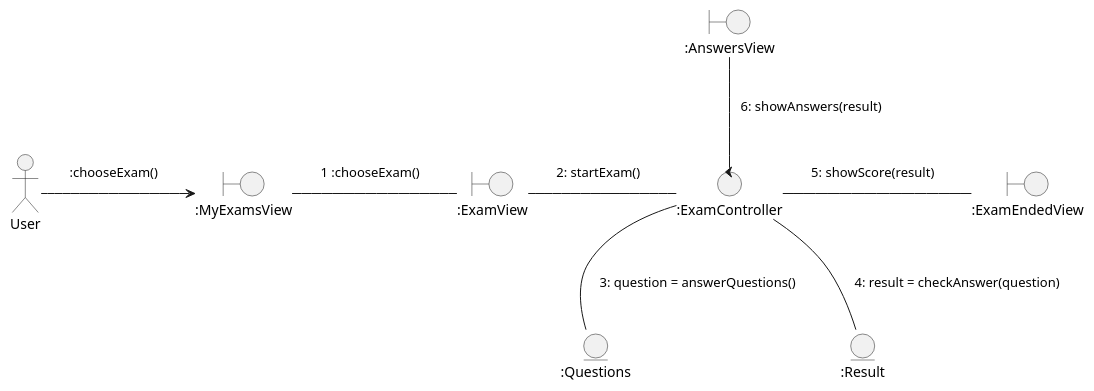
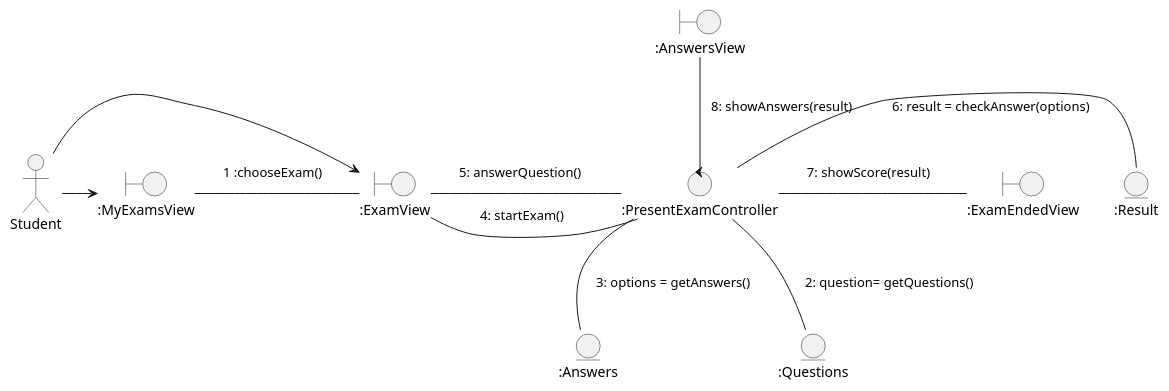
Before and after one commit to TheSProyect/Proyecto-IS-Grupo-1: the diagram in docs/scenariosView/UC-presentExam-comunicationDiagram.plantuml, drawn with PlantUML. The commit also changed 1 other file, not shown here.

Commit message:
Diagrams fixed

```diff
--- a/docs/scenariosView/UC-presentExam-comunicationDiagram.plantuml
+++ b/docs/scenariosView/UC-presentExam-comunicationDiagram.plantuml
@@ -1,52 +1,61 @@
 @startuml Clases de analisis
 skinparam noteBackgroundColor transparent
 skinparam noteBorderColor transparent
 
 hide footbox
-actor User
+actor Student
 boundary ":MyExamsView" as MyExamsView
 boundary ":ExamView" as ExamView
 boundary ":ExamEndedView" as ExamEndedView
 boundary ":AnswersView" as AnswersView
-Control ":ExamController" as ExamController
+Control ":PresentExamController" as PresentExamController
+entity ":Result" as Result
+entity ":Answers" as Answers
 entity ":Questions" as Questions
-entity ":Result" as Result
 
-User -> MyExamsView
-note on link 
-    :chooseExam()
-end note 
+Student -> MyExamsView
+Student -> ExamView
 
 MyExamsView - ExamView
 note on link 
     1 :chooseExam()
 end note 
 
-ExamView - ExamController
+PresentExamController -down- Questions
 note on link 
-    2: startExam()
+    2: question= getQuestions()
+end note  
+
+PresentExamController -down- Answers
+note on link 
+    3: options = getAnswers()
+end note
+
+ExamView - PresentExamController
+note on link 
+    4: startExam()
 end note 
 
-ExamController -down- Questions
+ExamView -right- PresentExamController
 note on link 
-    3: question = answerQuestions()
+    5: answerQuestion() 
+end note
+
+PresentExamController -right- Result
+note on link 
+    6: result = checkAnswer(options)
 end note 
 
-ExamController -down- Result
+PresentExamController -right- ExamEndedView
 note on link 
-    4: result = checkAnswer(question)
+    7: showScore(result)
 end note 
 
-ExamController -right- ExamEndedView
+PresentExamController -up- AnswersView
 note on link 
-    5: showScore(result)
-end note 
-
-ExamController -up- AnswersView
-note on link 
-    6: showAnswers(result)
+    8: showAnswers(result)
 end note 
 
 
 
 @enduml
```
